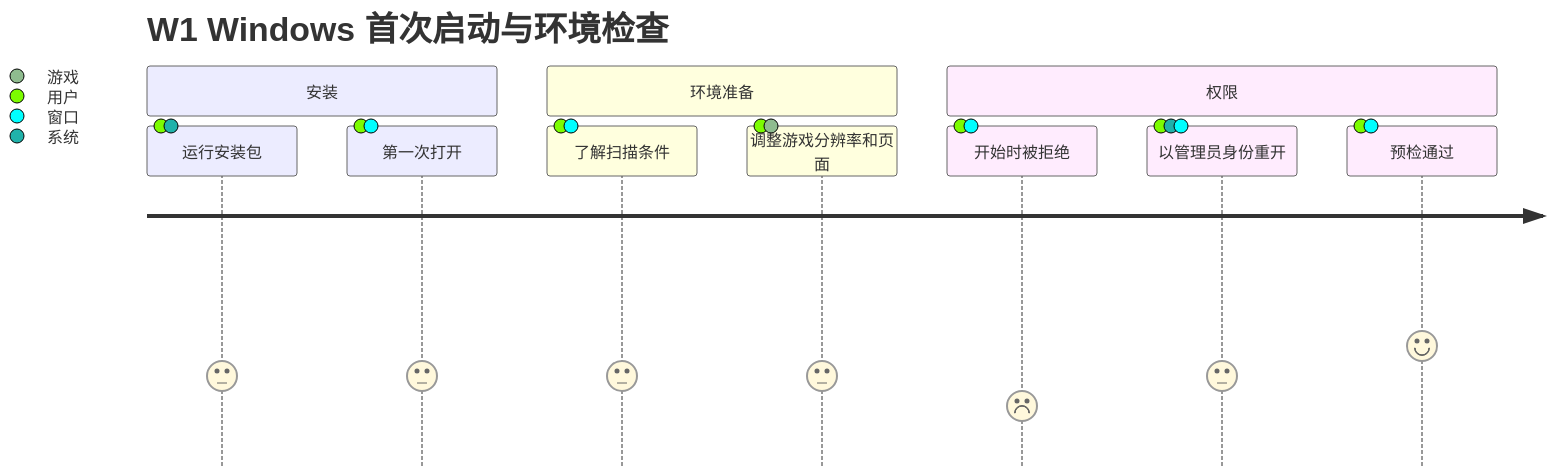
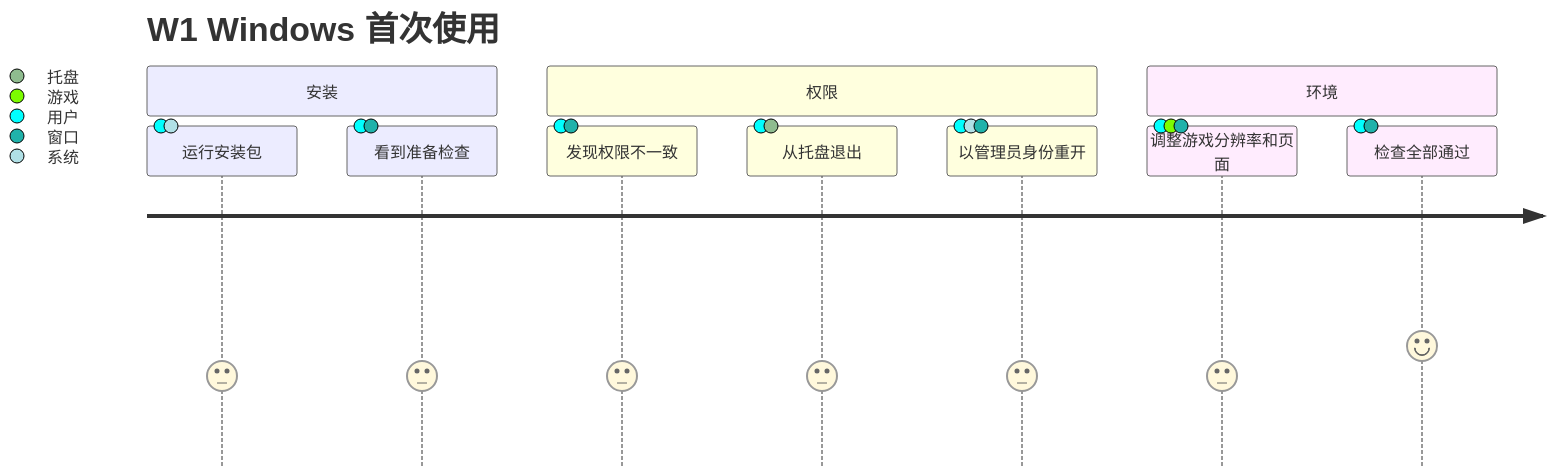
The third of 11 diagrams in docs/design/uiux-2026-11/03-journeys-windows.md (LoTwT/youkai), drawn with Mermaid before and after one commit. The commit also changed other lines of this file and 7 other files, not shown here.

````diff
--- a/docs/design/uiux-2026-11/03-journeys-windows.md
+++ b/docs/design/uiux-2026-11/03-journeys-windows.md
@@ -58,14 +94,14 @@
 ```mermaid
 journey
-  title W1 Windows 首次启动与环境检查
+  title W1 Windows 首次使用
   section 安装
     运行安装包: 3: 用户, 系统
-    第一次打开: 3: 用户, 窗口
-  section 环境准备
-    了解扫描条件: 3: 用户, 窗口
-    调整游戏分辨率和页面: 3: 用户, 游戏
+    看到准备检查: 3: 用户, 窗口
   section 权限
-    开始时被拒绝: 2: 用户, 窗口
+    发现权限不一致: 3: 用户, 窗口
+    从托盘退出: 3: 用户, 托盘
     以管理员身份重开: 3: 用户, 系统, 窗口
-    预检通过: 4: 用户, 窗口
+  section 环境
+    调整游戏分辨率和页面: 3: 用户, 游戏, 窗口
+    检查全部通过: 4: 用户, 窗口
 ```
````
